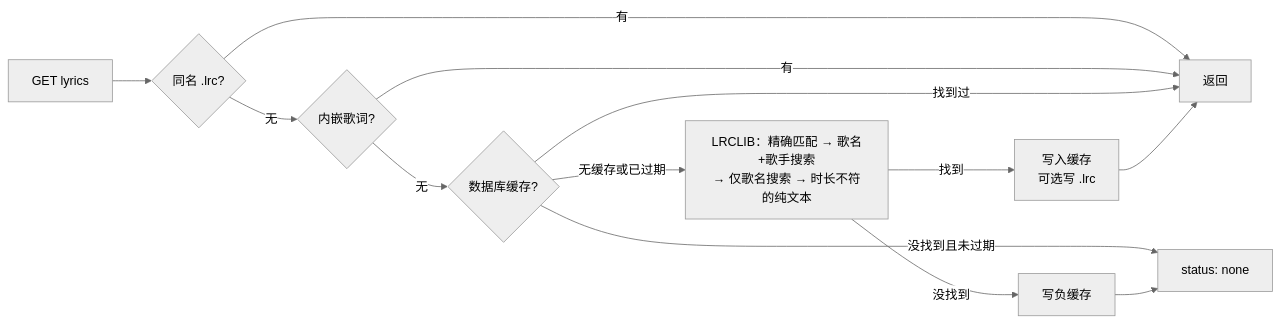
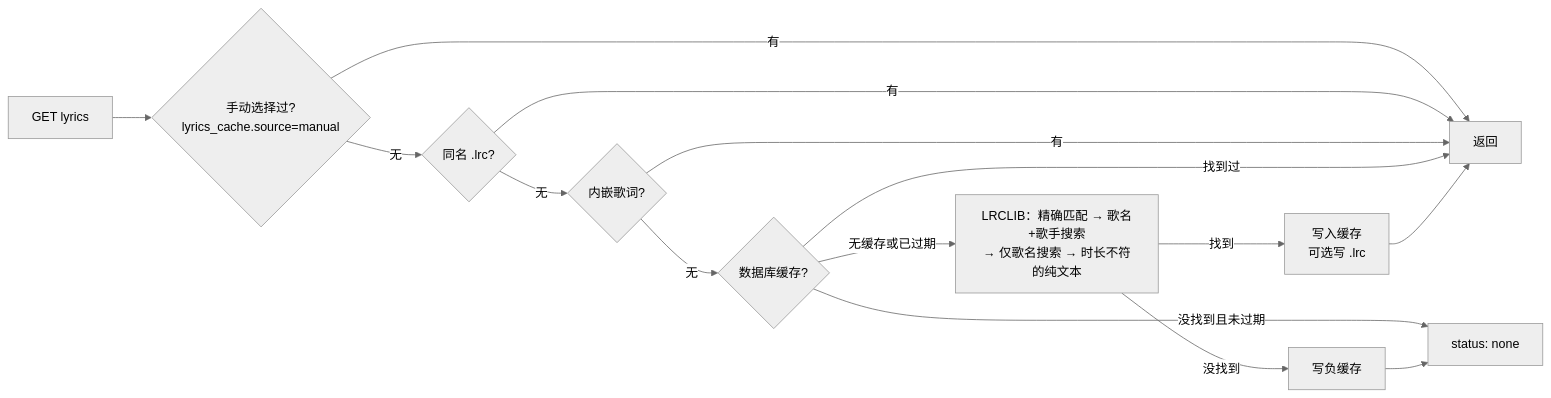
One commit to bobjiangps/bailing changed the third of 3 diagrams in docs/architecture.md. Above: the diagram before and after it, drawn with Mermaid (neutral theme). The commit also changed other lines of this file and 40 other files, not shown here.

````diff
--- a/docs/architecture.md
+++ b/docs/architecture.md
@@ -589,13 +595,15 @@
 ```mermaid
 flowchart LR
-    A[GET lyrics] --> B{同名 .lrc?}
+    A[GET lyrics] --> M{手动选择过?<br/>lyrics_cache.source=manual}
+    M -- 有 --> OK[返回]
+    M -- 无 --> B{同名 .lrc?}
     B -- 有 --> OK[返回]
     B -- 无 --> C{内嵌歌词?}
     C -- 有 --> OK
     C -- 无 --> D{数据库缓存?}
     D -- 找到过 --> OK
     D -- 没找到且未过期 --> NONE[status: none]
     D -- 无缓存或已过期 --> E[LRCLIB：精确匹配 → 歌名+歌手搜索<br/>→ 仅歌名搜索 → 时长不符的纯文本]
     E -- 找到 --> F[写入缓存<br/>可选写 .lrc] --> OK
     E -- 没找到 --> G[写负缓存] --> NONE
 ```
````
